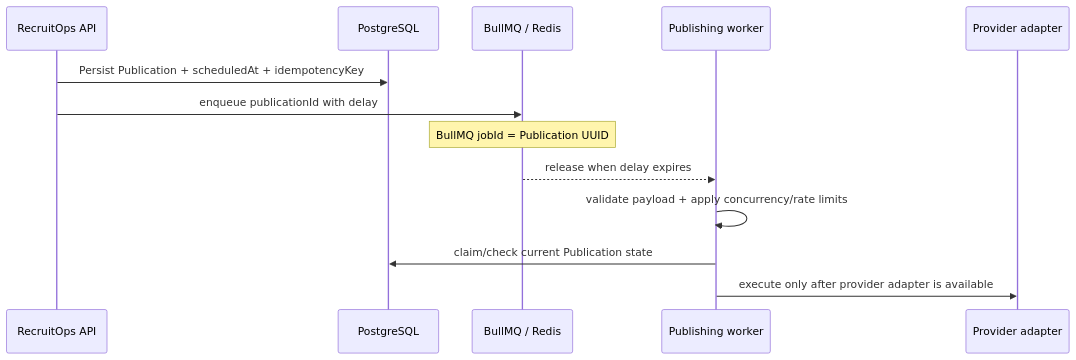
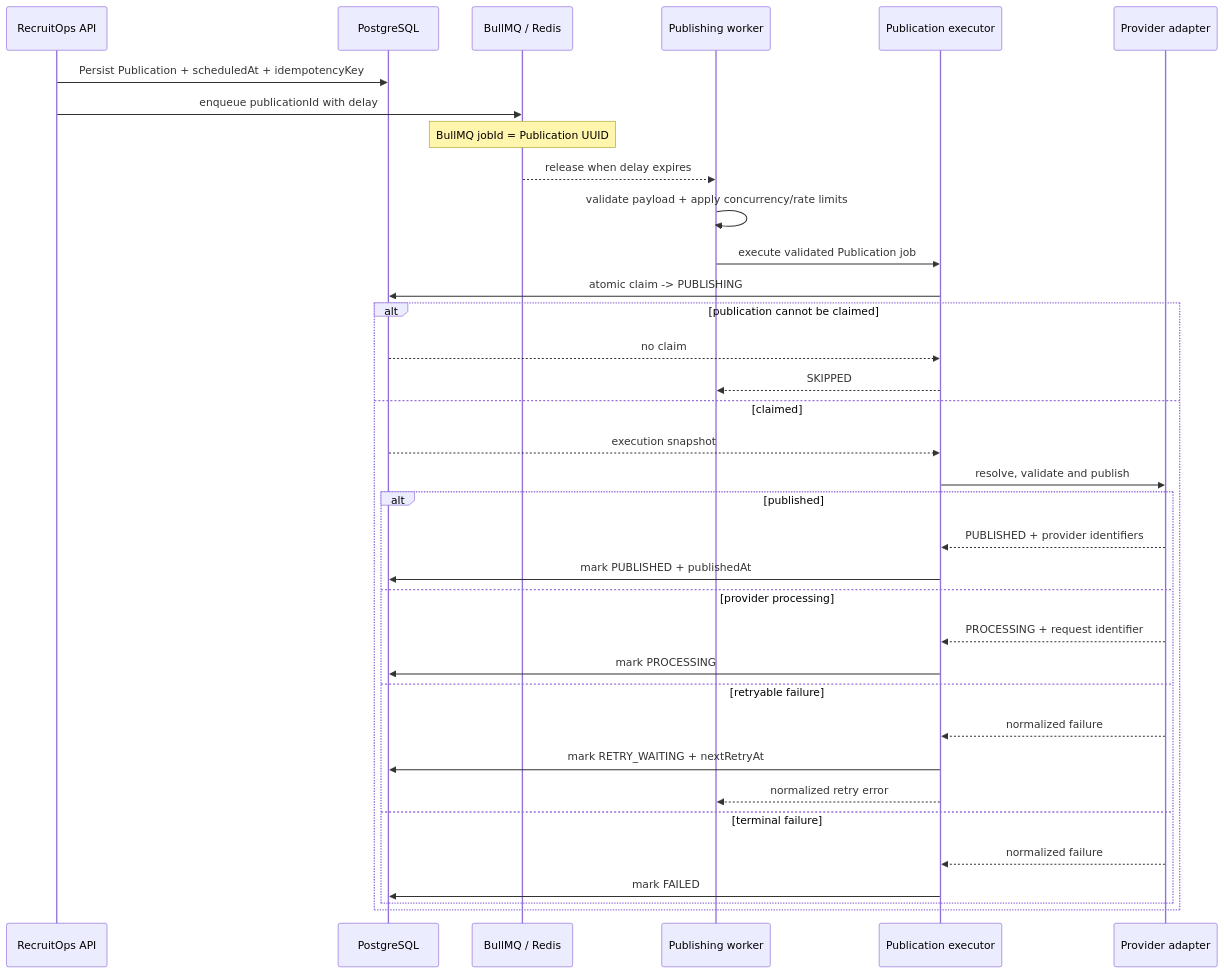
One commit to vitoo16/recruitops-platform changed the diagram in docs/architecture/publication-scheduling.md. Above: the diagram before and after it, drawn with Mermaid. The commit also changed other lines of this file, not shown here.

Commit message:
docs: document publication execution orchestration

````diff
--- a/docs/architecture/publication-scheduling.md
+++ b/docs/architecture/publication-scheduling.md
@@ -9,16 +9,38 @@
 ```mermaid
 sequenceDiagram
     participant API as RecruitOps API
     participant DB as PostgreSQL
     participant Queue as BullMQ / Redis
     participant Worker as Publishing worker
+    participant Exec as Publication executor
     participant Adapter as Provider adapter
 
     API->>DB: Persist Publication + scheduledAt + idempotencyKey
     API->>Queue: enqueue publicationId with delay
     Note over Queue: BullMQ jobId = Publication UUID
     Queue-->>Worker: release when delay expires
     Worker->>Worker: validate payload + apply concurrency/rate limits
-    Worker->>DB: claim/check current Publication state
-    Worker->>Adapter: execute only after provider adapter is available
+    Worker->>Exec: execute validated Publication job
+    Exec->>DB: atomic claim -> PUBLISHING
+    alt publication cannot be claimed
+        DB-->>Exec: no claim
+        Exec-->>Worker: SKIPPED
+    else claimed
+        DB-->>Exec: execution snapshot
+        Exec->>Adapter: resolve, validate and publish
+        alt published
+            Adapter-->>Exec: PUBLISHED + provider identifiers
+            Exec->>DB: mark PUBLISHED + publishedAt
+        else provider processing
+            Adapter-->>Exec: PROCESSING + request identifier
+            Exec->>DB: mark PROCESSING
+        else retryable failure
+            Adapter-->>Exec: normalized failure
+            Exec->>DB: mark RETRY_WAITING + nextRetryAt
+            Exec-->>Worker: normalized retry error
+        else terminal failure
+            Adapter-->>Exec: normalized failure
+            Exec->>DB: mark FAILED
+        end
+    end
 ```
````
